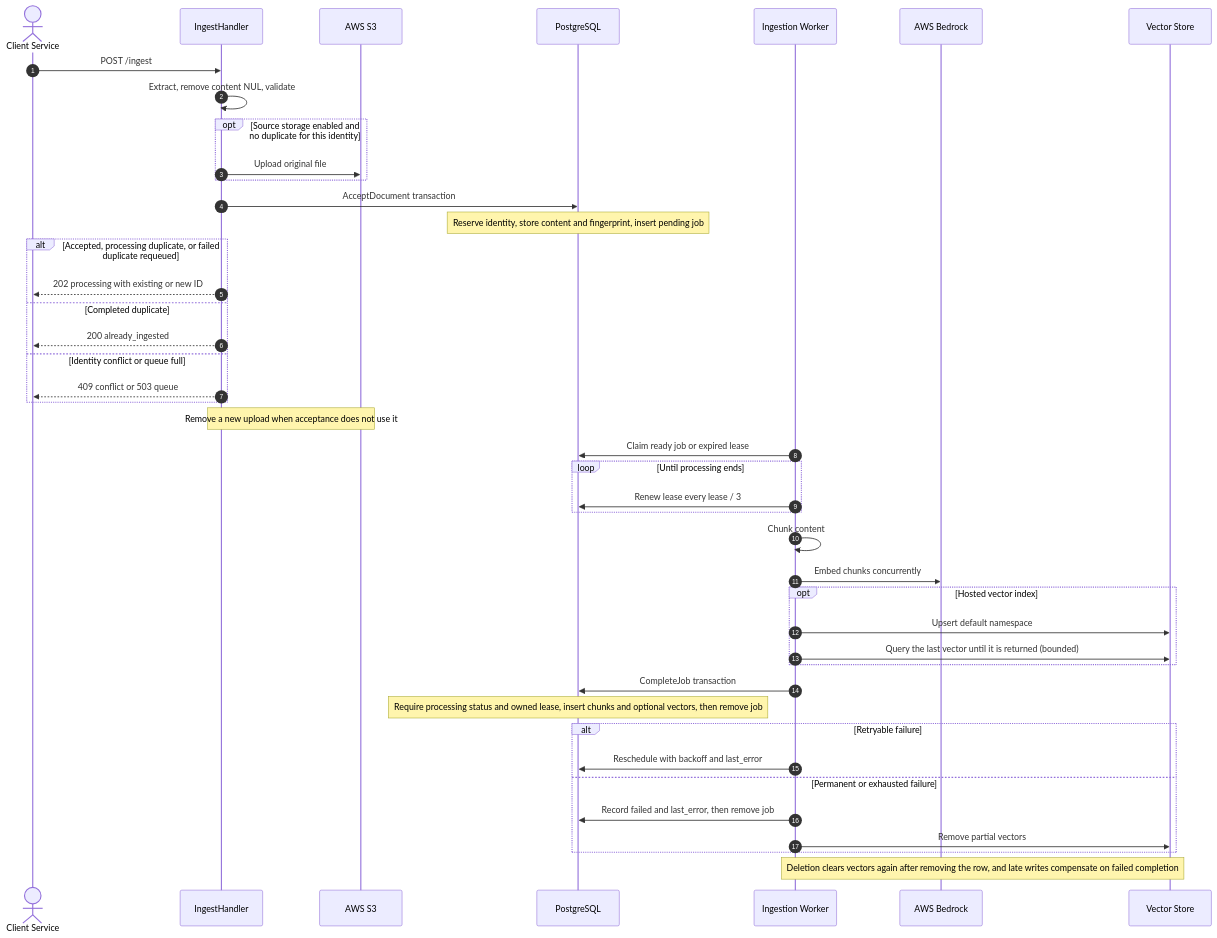
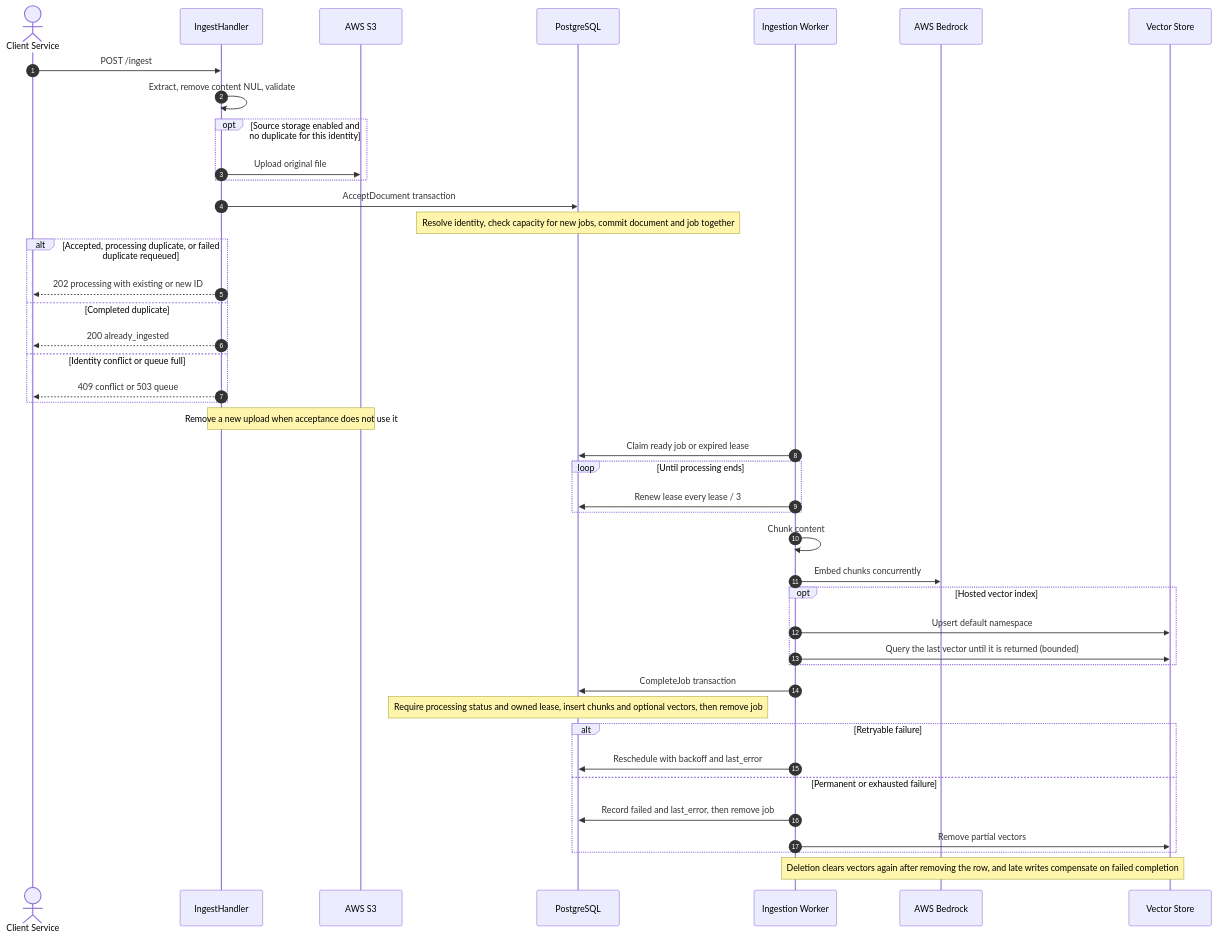
Before and after one commit to Victoroide/quarry-rag: the first of 2 diagrams in docs/architecture.md, drawn with Mermaid. The commit also changed other lines of this file and 5 other files, not shown here.

````diff
--- a/docs/architecture.md
+++ b/docs/architecture.md
@@ -59,45 +59,45 @@
 ```mermaid
 sequenceDiagram
     autonumber
     actor Caller as Client Service
     participant Handler as IngestHandler
     participant S3 as AWS S3
     participant Postgres as PostgreSQL
     participant Worker as Ingestion Worker
     participant Embedder as AWS Bedrock
     participant Pinecone as Vector Store
     Caller->>Handler: POST /ingest
     Handler->>Handler: Extract, remove content NUL, validate
     opt Source storage enabled and no duplicate for this identity
         Handler->>S3: Upload original file
     end
     Handler->>Postgres: AcceptDocument transaction
-    Note over Postgres: Reserve identity, store content and fingerprint, insert pending job
+    Note over Postgres: Resolve identity, check capacity for new jobs, commit document and job together
     alt Accepted, processing duplicate, or failed duplicate requeued
         Handler-->>Caller: 202 processing with existing or new ID
     else Completed duplicate
         Handler-->>Caller: 200 already_ingested
     else Identity conflict or queue full
         Handler-->>Caller: 409 conflict or 503 queue
     end
     Note over Handler,S3: Remove a new upload when acceptance does not use it
     Worker->>Postgres: Claim ready job or expired lease
     loop Until processing ends
         Worker->>Postgres: Renew lease every lease / 3
     end
     Worker->>Worker: Chunk content
     Worker->>Embedder: Embed chunks concurrently
     opt Hosted vector index
         Worker->>Pinecone: Upsert default namespace
         Worker->>Pinecone: Query the last vector until it is returned (bounded)
     end
     Worker->>Postgres: CompleteJob transaction
     Note over Postgres: Require processing status and owned lease, insert chunks and optional vectors, then remove job
     alt Retryable failure
         Worker->>Postgres: Reschedule with backoff and last_error
     else Permanent or exhausted failure
         Worker->>Postgres: Record failed and last_error, then remove job
         Worker->>Pinecone: Remove partial vectors
     end
     Note over Worker,Pinecone: Deletion clears vectors again after removing the row, and late writes compensate on failed completion
 ```
````
